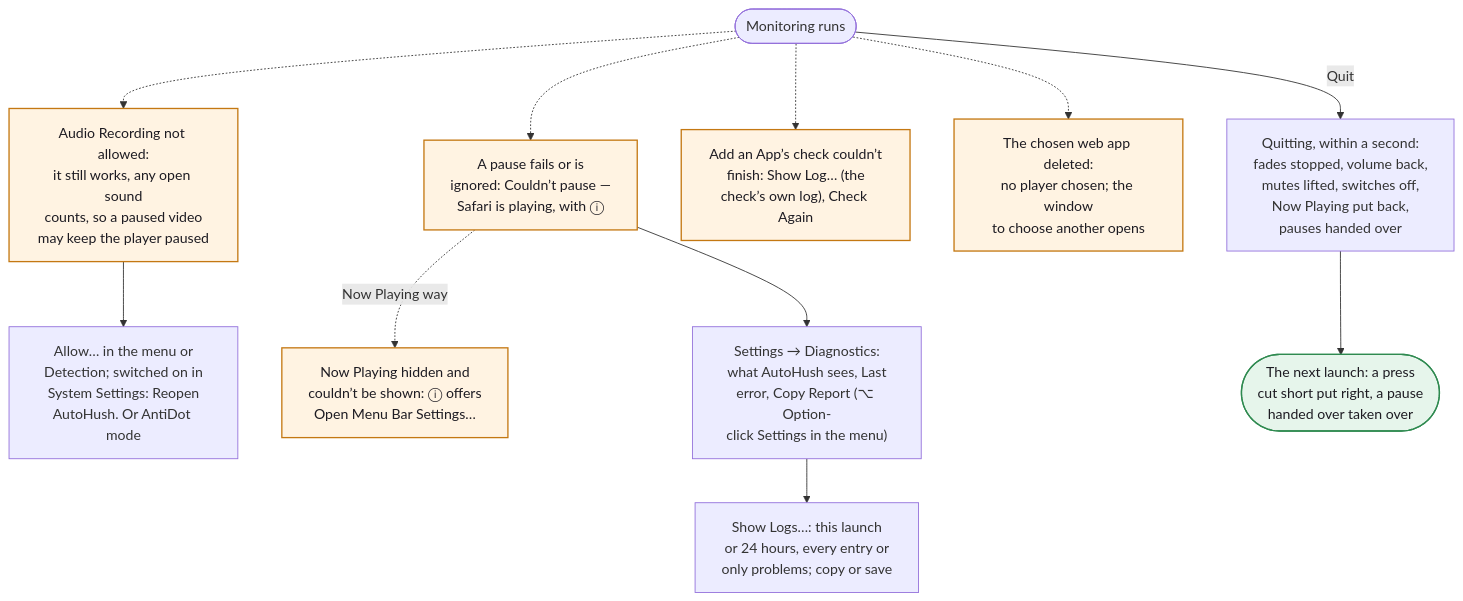
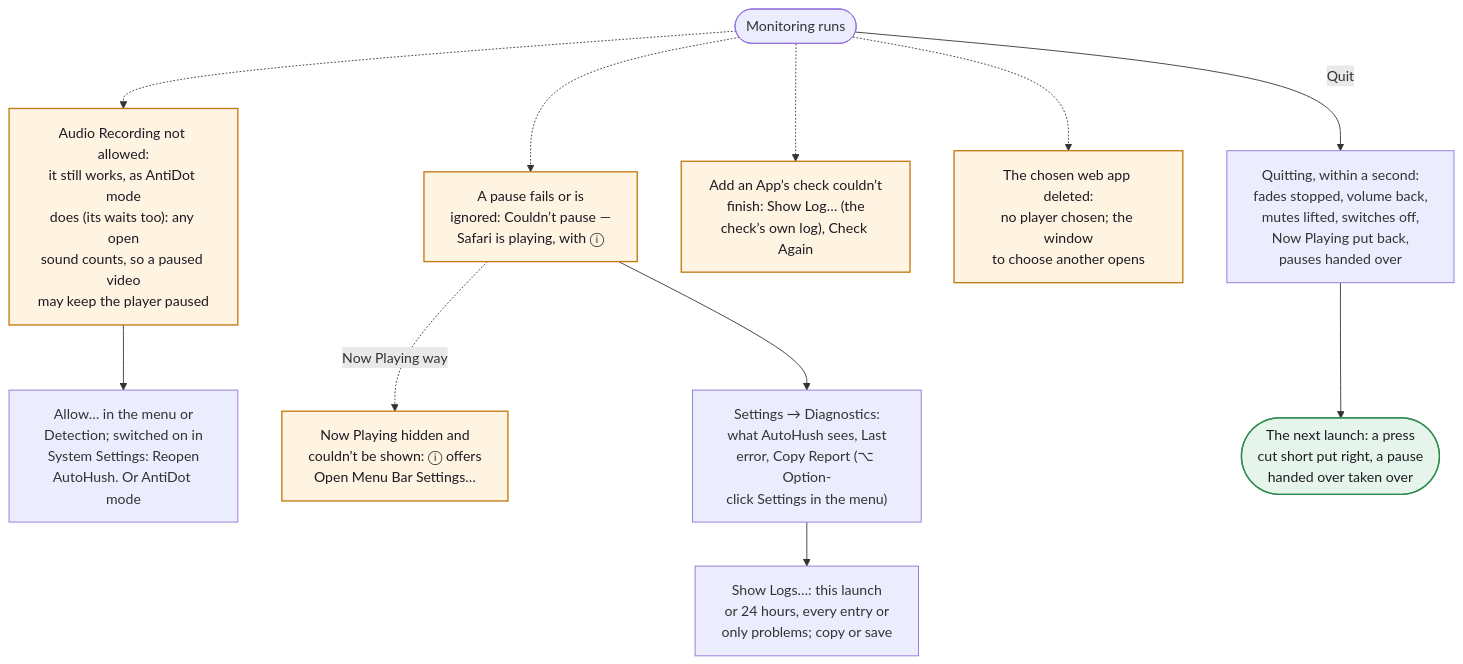
Diagram 14 of 14 in WORKFLOWS.md (hfustercabre/AutoHush), drawn with Mermaid before and after one commit. The commit also changed other lines of this file and 157 other files, not shown here.

````diff
--- a/WORKFLOWS.md
+++ b/WORKFLOWS.md
@@ -694,27 +694,27 @@
 ```mermaid
 flowchart TD
   R(["Monitoring runs"])
-  AUD["Audio Recording not allowed:<br/>it still works, any open sound<br/>counts, so a paused video<br/>may keep the player paused"]
+  AUD["Audio Recording not allowed:<br/>it still works, as AntiDot mode<br/>does (its waits too): any open<br/>sound counts, so a paused video<br/>may keep the player paused"]
   AUDF["Allow… in the menu or<br/>Detection; switched on in<br/>System Settings: Reopen<br/>AutoHush. Or AntiDot mode"]
   PF["A pause fails or is<br/>ignored: Couldn’t pause —<br/>Safari is playing, with ⓘ"]
   NPH["Now Playing hidden and<br/>couldn’t be shown: ⓘ offers<br/>Open Menu Bar Settings…"]
   DIAG["Settings → Diagnostics:<br/>what AutoHush sees, Last<br/>error, Copy Report (⌥ Option-<br/>click Settings in the menu)"]
   LOGS["Show Logs…: this launch<br/>or 24 hours, every entry or<br/>only problems; copy or save"]
   CHK["Add an App’s check couldn’t<br/>finish: Show Log… (the<br/>check’s own log), Check Again"]
   DEL["The chosen web app deleted:<br/>no player chosen; the window<br/>to choose another opens"]
   QUIT["Quitting, within a second:<br/>fades stopped, volume back,<br/>mutes lifted, switches off,<br/>Now Playing put back,<br/>pauses handed over"]
   NEXT(["The next launch: a press<br/>cut short put right, a pause<br/>handed over taken over"])
 
   R -.-> AUD --> AUDF
   R -.-> PF
   PF -.->|"Now Playing way"| NPH
   PF --> DIAG --> LOGS
   R -.-> CHK
   R -.-> DEL
   R -->|"Quit"| QUIT --> NEXT
 
   class AUD,PF,NPH,CHK,DEL warn
   class NEXT done
   classDef warn fill:#fff3e2,stroke:#c47812,stroke-width:1.5px,color:#1d1b22
   classDef done fill:#e6f5eb,stroke:#2f8a50,stroke-width:1.5px,color:#1d1b22
 ```
````
